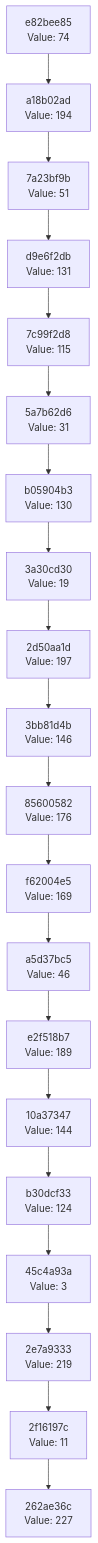
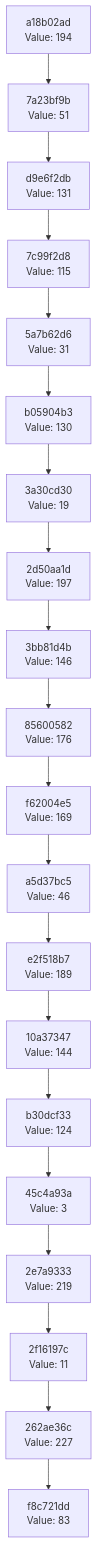
One commit to Abhisheksinha1506/hash-chain-evolver changed the diagram in docs/CHAIN_VISUALIZATION.md. Above: the diagram before and after it, drawn with Mermaid. The commit also changed 1 other file, not shown here.

Commit message:
Evolution step: hash 0x53 → action executed

````diff
--- a/docs/CHAIN_VISUALIZATION.md
+++ b/docs/CHAIN_VISUALIZATION.md
@@ -3,42 +3,42 @@
 ```mermaid
 graph TD
-    C0["262ae36c<br/>Value: 227"]
-    C1["2f16197c<br/>Value: 11"]
+    C0["f8c721dd<br/>Value: 83"]
+    C1["262ae36c<br/>Value: 227"]
     C1 --> C0
-    C2["2e7a9333<br/>Value: 219"]
+    C2["2f16197c<br/>Value: 11"]
     C2 --> C1
-    C3["45c4a93a<br/>Value: 3"]
+    C3["2e7a9333<br/>Value: 219"]
     C3 --> C2
-    C4["b30dcf33<br/>Value: 124"]
+    C4["45c4a93a<br/>Value: 3"]
     C4 --> C3
-    C5["10a37347<br/>Value: 144"]
+    C5["b30dcf33<br/>Value: 124"]
     C5 --> C4
-    C6["e2f518b7<br/>Value: 189"]
+    C6["10a37347<br/>Value: 144"]
     C6 --> C5
-    C7["a5d37bc5<br/>Value: 46"]
+    C7["e2f518b7<br/>Value: 189"]
     C7 --> C6
-    C8["f62004e5<br/>Value: 169"]
+    C8["a5d37bc5<br/>Value: 46"]
     C8 --> C7
-    C9["85600582<br/>Value: 176"]
+    C9["f62004e5<br/>Value: 169"]
     C9 --> C8
-    C10["3bb81d4b<br/>Value: 146"]
+    C10["85600582<br/>Value: 176"]
     C10 --> C9
-    C11["2d50aa1d<br/>Value: 197"]
+    C11["3bb81d4b<br/>Value: 146"]
     C11 --> C10
-    C12["3a30cd30<br/>Value: 19"]
+    C12["2d50aa1d<br/>Value: 197"]
     C12 --> C11
-    C13["b05904b3<br/>Value: 130"]
+    C13["3a30cd30<br/>Value: 19"]
     C13 --> C12
-    C14["5a7b62d6<br/>Value: 31"]
+    C14["b05904b3<br/>Value: 130"]
     C14 --> C13
-    C15["7c99f2d8<br/>Value: 115"]
+    C15["5a7b62d6<br/>Value: 31"]
     C15 --> C14
-    C16["d9e6f2db<br/>Value: 131"]
+    C16["7c99f2d8<br/>Value: 115"]
     C16 --> C15
-    C17["7a23bf9b<br/>Value: 51"]
+    C17["d9e6f2db<br/>Value: 131"]
     C17 --> C16
-    C18["a18b02ad<br/>Value: 194"]
+    C18["7a23bf9b<br/>Value: 51"]
     C18 --> C17
-    C19["e82bee85<br/>Value: 74"]
+    C19["a18b02ad<br/>Value: 194"]
     C19 --> C18
 ```
````
